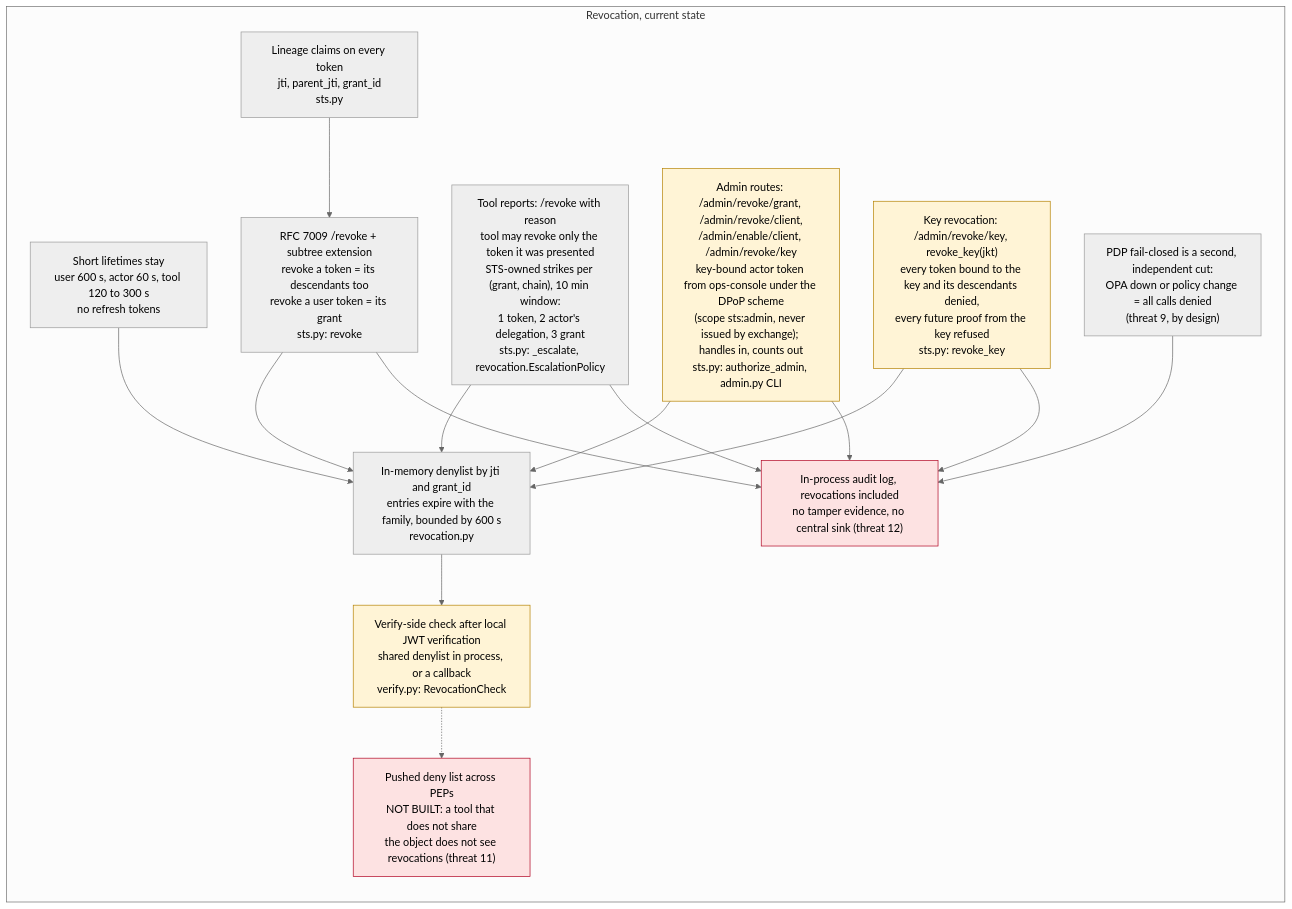
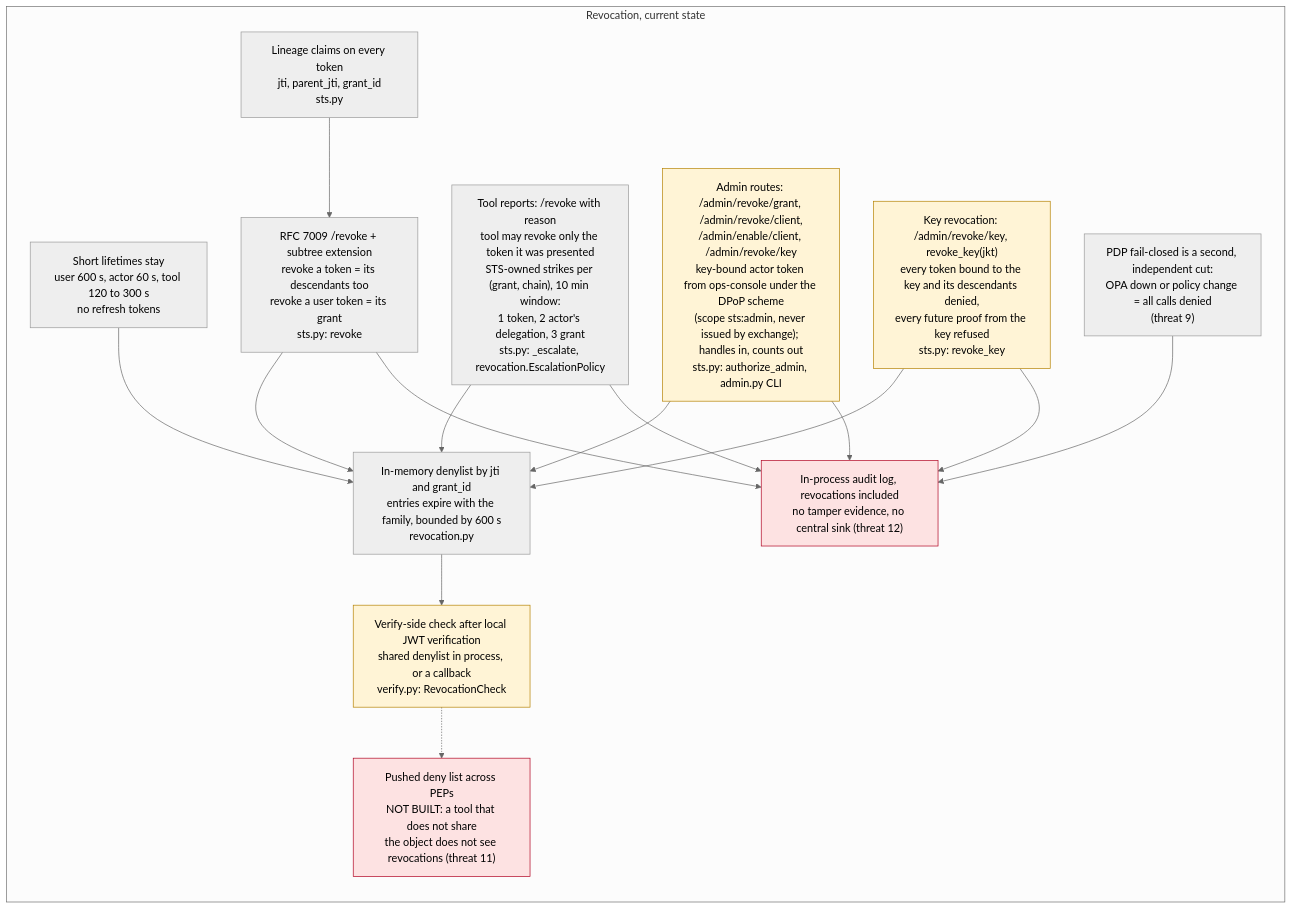
Before and after one commit to ianisms/ai-orchestrator: the second of 4 diagrams in security/delegation/README.md, drawn with Mermaid (neutral theme). The commit also changed other lines of this file and 4 other files, not shown here.

````diff
--- a/security/delegation/README.md
+++ b/security/delegation/README.md
@@ -91,31 +91,31 @@
 ```mermaid
 flowchart LR
     subgraph Now["Revocation, current state"]
         TTL["Short lifetimes stay<br/>user 600 s, actor 60 s, tool 120 to 300 s<br/>no refresh tokens"]
         LIN["Lineage claims on every token<br/>jti, parent_jti, grant_id<br/>sts.py"]
         REV["RFC 7009 /revoke + subtree extension<br/>revoke a token = its descendants too<br/>revoke a user token = its grant<br/>sts.py: revoke"]
         RPT["Tool reports: /revoke with reason<br/>tool may revoke only the token it was presented<br/>STS-owned strikes per (grant, chain), 10 min window:<br/>1 token, 2 actor's delegation, 3 grant<br/>sts.py: _escalate, revocation.EscalationPolicy"]
         ADM["Admin routes: /admin/revoke/grant, /admin/revoke/client,<br/>/admin/enable/client, /admin/revoke/key<br/>key-bound actor token from ops-console under the DPoP scheme<br/>(scope sts:admin, never issued by exchange); handles in, counts out<br/>sts.py: authorize_admin, admin.py CLI"]
         KREV["Key revocation: /admin/revoke/key, revoke_key(jkt)<br/>every token bound to the key and its descendants denied,<br/>every future proof from the key refused<br/>sts.py: revoke_key"]
         DENY["In-memory denylist by jti and grant_id<br/>entries expire with the family, bounded by 600 s<br/>revocation.py"]
         HOOK["Verify-side check after local JWT verification<br/>shared denylist in process, or a callback<br/>verify.py: RevocationCheck"]
         PUSH["Pushed deny list across PEPs<br/>NOT BUILT: a tool that does not share<br/>the object does not see revocations (threat 11)"]
-        PDPX["PDP fail-closed is a second, independent cut:<br/>OPA down or policy change = all calls denied<br/>(threat 9, by design)"]
+        PDPX["PDP fail-closed is a second, independent cut:<br/>OPA down or policy change = all calls denied<br/>(threat 9)"]
         LOG["In-process audit log, revocations included<br/>no tamper evidence, no central sink (threat 12)"]
     end
     LIN --> REV --> DENY --> HOOK
     RPT --> DENY
     ADM --> DENY
     KREV --> DENY
     HOOK -.-> PUSH
     TTL --> DENY
     PDPX --> LOG
     REV --> LOG
     RPT --> LOG
     ADM --> LOG
     KREV --> LOG
     classDef gap fill:#fde2e2,stroke:#b00020,color:#000;
     classDef partial fill:#fff4d6,stroke:#b58100,color:#000;
     class PUSH,LOG gap;
     class HOOK,ADM,KREV partial;
 ```
````
